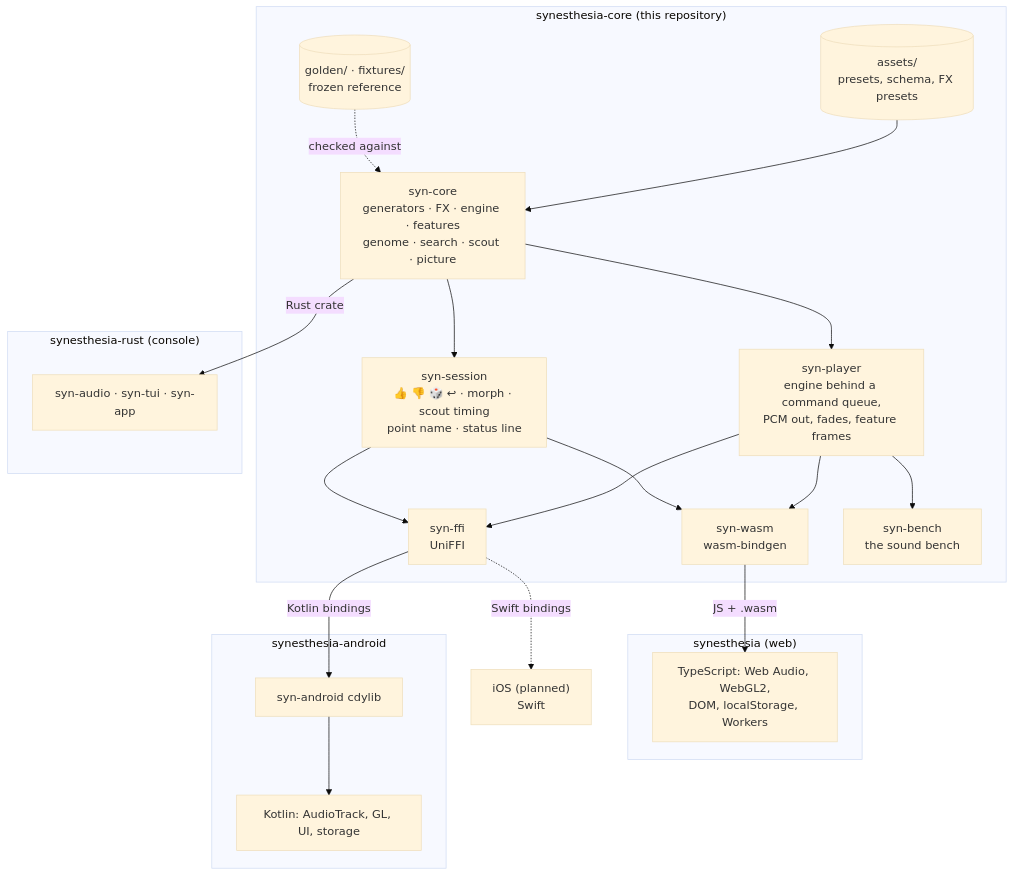
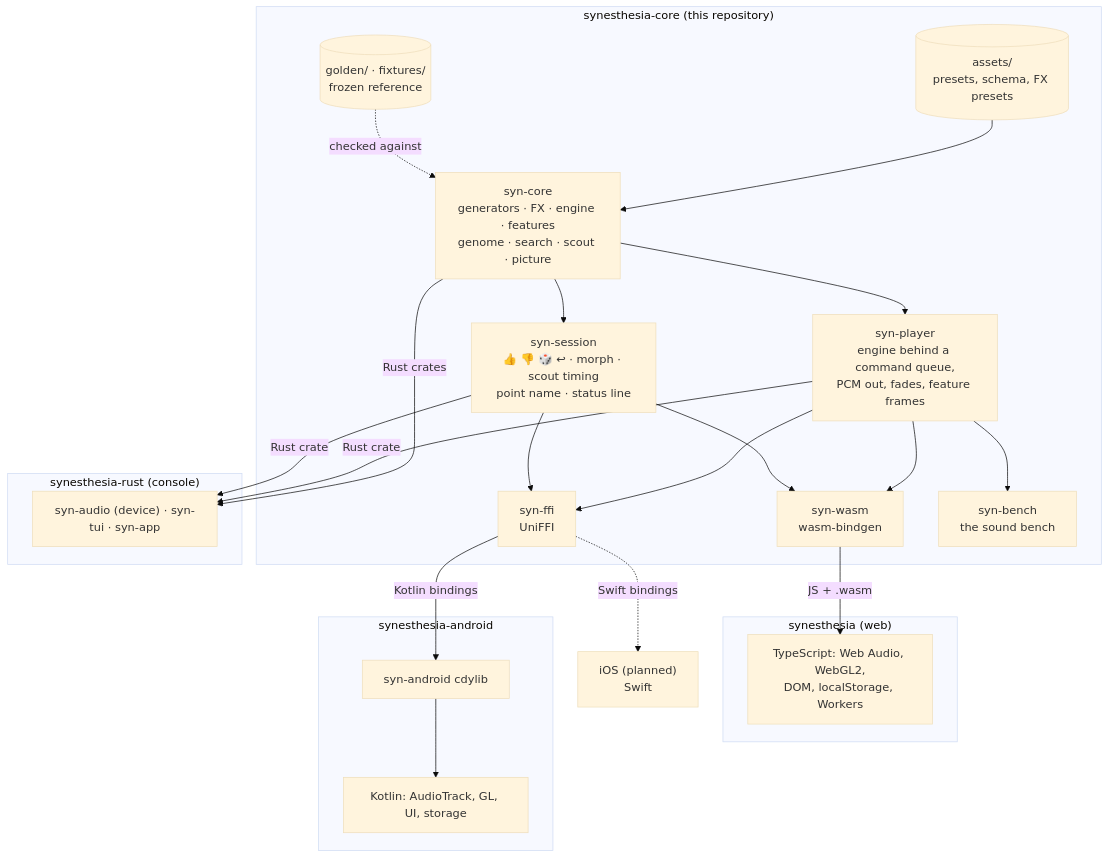
One commit to dmitryweiner/synesthesia-core changed the diagram in README.md. Above: the diagram before and after it, drawn with Mermaid (base theme). The commit also changed other lines of this file and 1 other file, not shown here.

Commit message:
Docs: the console runs on syn-player and syn-session too

````diff
--- a/README.md
+++ b/README.md
@@ -19,39 +19,41 @@
 ```mermaid
 flowchart TB
     subgraph core["synesthesia-core (this repository)"]
         assets[("assets/<br/>presets, schema, FX presets")]
         syncore["syn-core<br/>generators · FX · engine · features<br/>genome · search · scout · picture"]
         player["syn-player<br/>engine behind a command queue,<br/>PCM out, fades, feature frames"]
         session["syn-session<br/>👍 👎 🎲 ↩ · morph · scout timing<br/>point name · status line"]
         ffi["syn-ffi<br/>UniFFI"]
         wasm["syn-wasm<br/>wasm-bindgen"]
         bench["syn-bench<br/>the sound bench"]
         tests[("golden/ · fixtures/<br/>frozen reference")]
 
         assets --> syncore
         syncore --> player
         syncore --> session
         player --> ffi
         session --> ffi
         player --> wasm
         session --> wasm
         player --> bench
         tests -. checked against .-> syncore
     end
 
     subgraph web["synesthesia (web)"]
         webapp["TypeScript: Web Audio, WebGL2,<br/>DOM, localStorage, Workers"]
     end
     subgraph android["synesthesia-android"]
         synandroid["syn-android cdylib"] --> kotlin["Kotlin: AudioTrack, GL, UI, storage"]
     end
     subgraph console["synesthesia-rust (console)"]
-        consoleapp["syn-audio · syn-tui · syn-app"]
+        consoleapp["syn-audio (device) · syn-tui · syn-app"]
     end
     ios["iOS (planned)<br/>Swift"]
 
     wasm -- "JS + .wasm" --> webapp
     ffi -- "Kotlin bindings" --> synandroid
-    syncore -- "Rust crate" --> consoleapp
+    syncore -- "Rust crates" --> consoleapp
+    player -- "Rust crate" --> consoleapp
+    session -- "Rust crate" --> consoleapp
     ffi -. "Swift bindings" .-> ios
 ```
````
